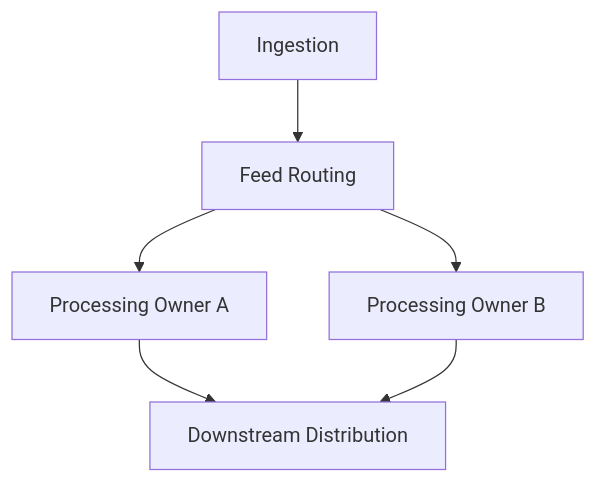
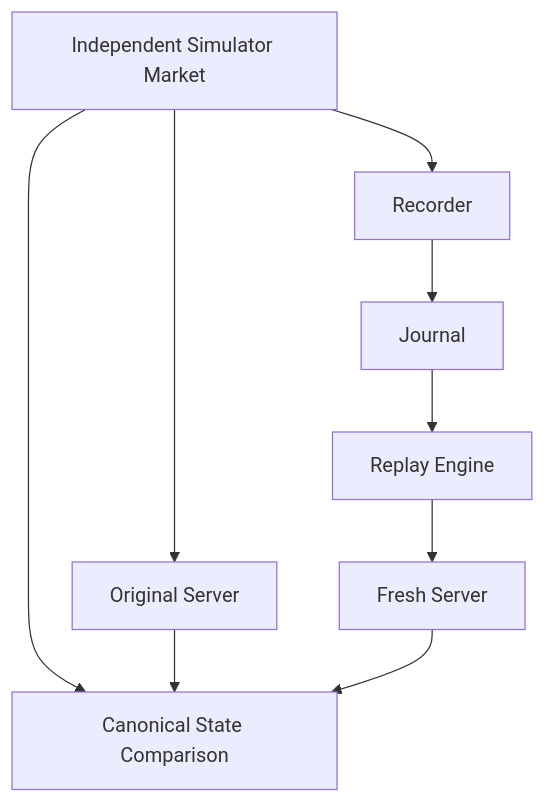
Before and after one commit to tembolo1284/maxwell: the tenth of 13 diagrams in docs/architecture.md, drawn with Mermaid. The commit also changed other lines of this file and 10 other files, not shown here.

````diff
--- a/docs/architecture.md
+++ b/docs/architecture.md
@@ -743,13 +628,17 @@
 ```mermaid
 flowchart TD
-    I["Ingestion"]
-    R["Feed Routing"]
+    SIM["Independent Simulator Market"]
+    LIVE["Original Server"]
+    REC["Recorder"]
+    FILE["Journal"]
+    REPLAY["Replay Engine"]
+    FRESH["Fresh Server"]
+    COMPARE["Canonical State Comparison"]
 
-    I --> R
+    SIM --> LIVE
+    SIM --> REC --> FILE --> REPLAY --> FRESH
 
-    R --> A["Processing Owner A"]
-    R --> B["Processing Owner B"]
-
-    A --> G["Downstream Distribution"]
-    B --> G
+    SIM --> COMPARE
+    LIVE --> COMPARE
+    FRESH --> COMPARE
 ```
````
